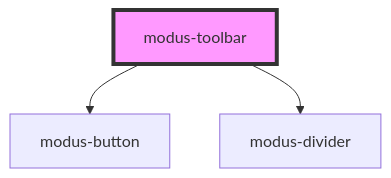
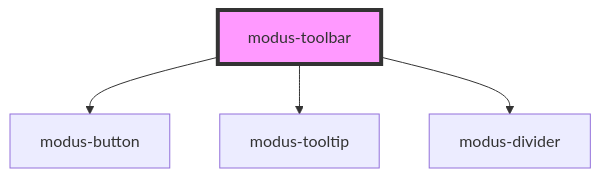
One commit to trimble-oss/modus-web-components changed the diagram in stencil-workspace/src/components/modus-toolbar/readme.md. Above: the diagram before and after it, drawn with Mermaid. The commit also changed other lines of this file and 4 other files, not shown here.

````diff
--- a/stencil-workspace/src/components/modus-toolbar/readme.md
+++ b/stencil-workspace/src/components/modus-toolbar/readme.md
@@ -24,6 +25,7 @@
 ```mermaid
 graph TD;
   modus-toolbar --> modus-button
+  modus-toolbar --> modus-tooltip
   modus-toolbar --> modus-divider
   style modus-toolbar fill:#f9f,stroke:#333,stroke-width:4px
 ```
````
